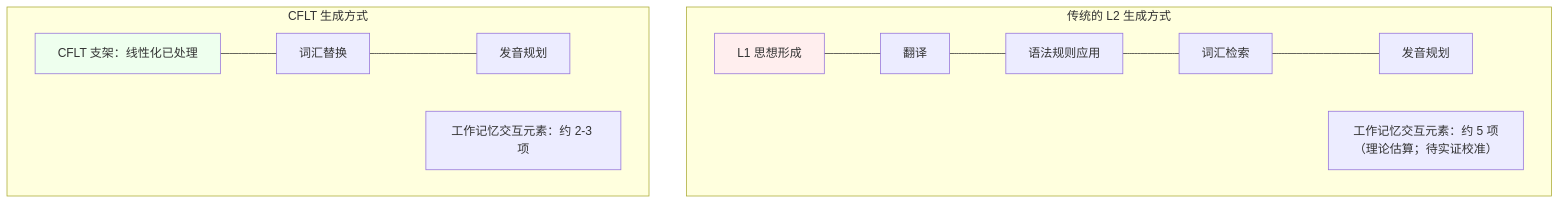
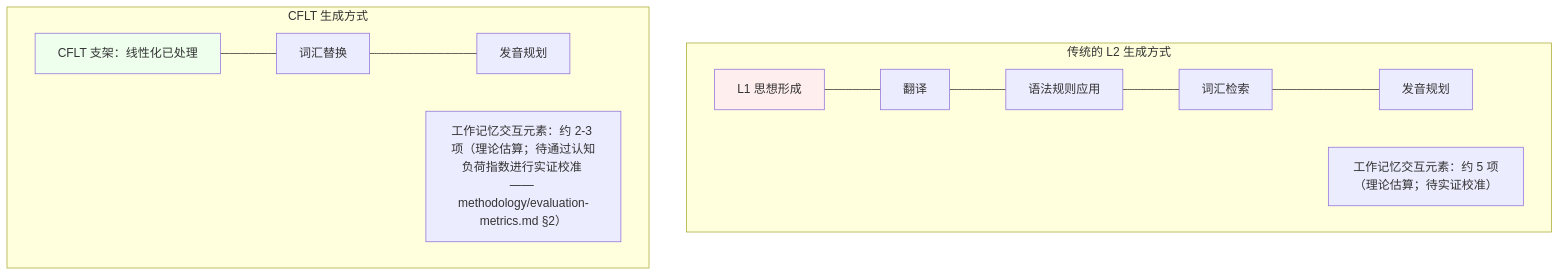
One commit to corefirst/cflt changed the third of 3 diagrams in docs/zh/foundations/pedagogy.md. Above: the diagram before and after it, drawn with Mermaid. The commit also changed other lines of this file and 7 other files, not shown here.

````diff
--- a/docs/zh/foundations/pedagogy.md
+++ b/docs/zh/foundations/pedagogy.md
@@ -88,19 +88,19 @@
 ```mermaid
 graph TD
     subgraph "传统的 L2 生成方式"
     T1[L1 思想形成] --- T2[翻译]
     T2 --- T3[语法规则应用]
     T3 --- T4[词汇检索]
     T4 --- T5[发音规划]
     noteT["工作记忆交互元素：约 5 项（理论估算；待实证校准）"]
     end
 
     subgraph "CFLT 生成方式"
     C1[CFLT 支架：线性化已处理] --- C2[词汇替换]
     C2 --- C3[发音规划]
-    noteC["工作记忆交互元素：约 2-3 项"]
+    noteC["工作记忆交互元素：约 2-3 项（理论估算；待通过认知负荷指数进行实证校准 —— methodology/evaluation-metrics.md §2）"]
     end
 
     style T1 fill:#fee
     style C1 fill:#efe
 ```
````
